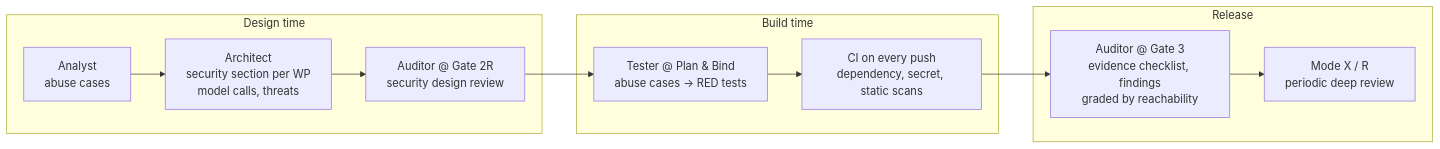
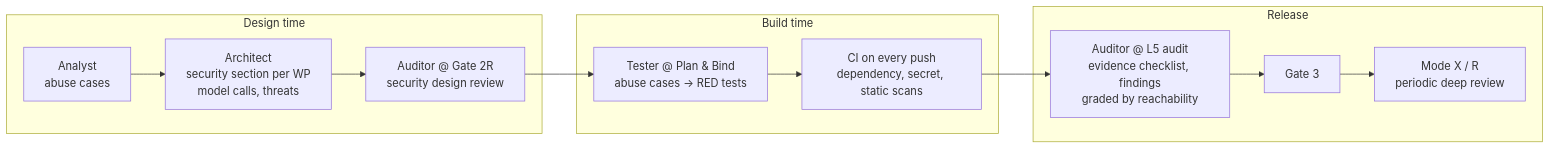
The second of 2 diagrams in README.md (bmaximus/ABSD), drawn with Mermaid before and after one commit. The commit also changed other lines of this file and 16 other files, not shown here.

Commit message:
ABSD 2.2.0: whole-kit review fixes — templates for abuse cases, model calls, WP security, planned-vs-actual, second audit; GATE-17/SEC-16 wired into manuals; model tier and second audit usable; README

````diff
--- a/README.md
+++ b/README.md
@@ -32,14 +32,14 @@
 ```mermaid
 flowchart LR
   subgraph Design time
     AN[Analyst<br/>abuse cases] --> ARC[Architect<br/>security section per WP<br/>model calls, threats] --> R2[Auditor @ Gate 2R<br/>security design review]
   end
   subgraph Build time
     PB[Tester @ Plan & Bind<br/>abuse cases → RED tests] --> CI[CI on every push<br/>dependency, secret, static scans]
   end
   subgraph Release
-    G3S[Auditor @ Gate 3<br/>evidence checklist, findings<br/>graded by reachability] --> XR[Mode X / R<br/>periodic deep review]
+    G3S[Auditor @ L5 audit<br/>evidence checklist, findings<br/>graded by reachability] --> G3[Gate 3] --> XR[Mode X / R<br/>periodic deep review]
   end
   R2 --> PB
   CI --> G3S
 ```
````
